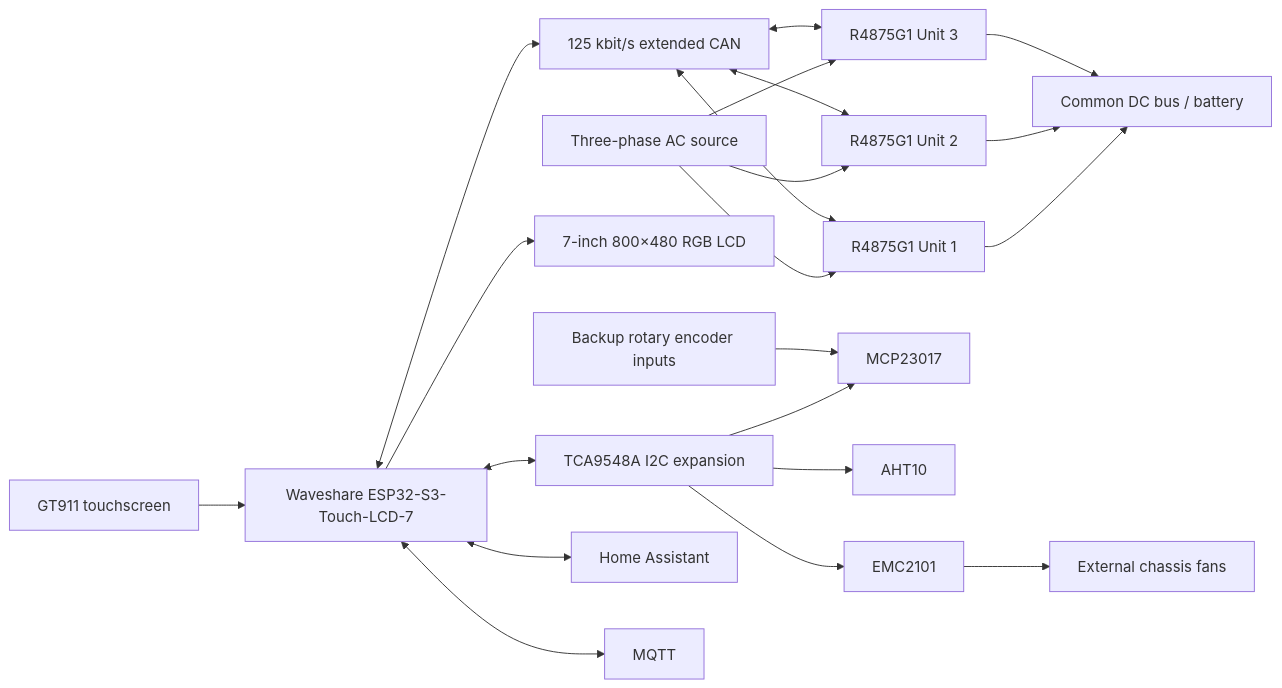
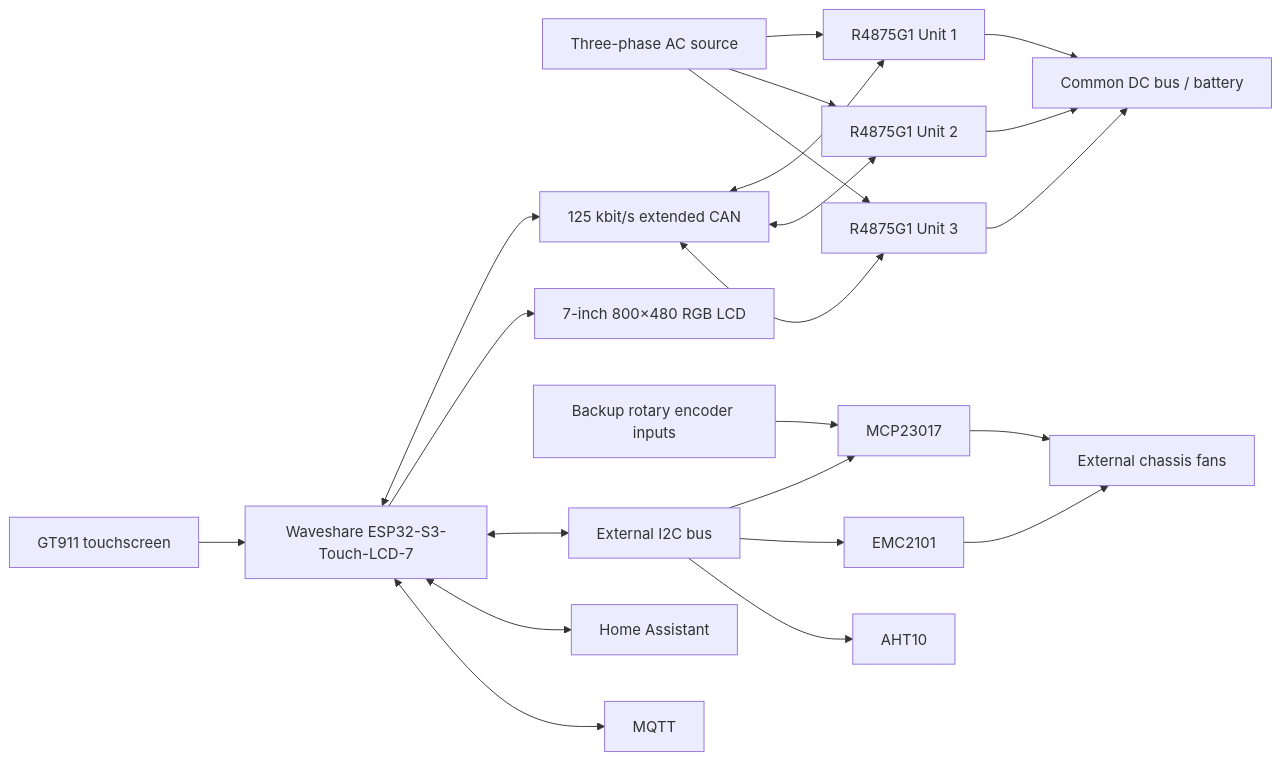
Before and after one commit to anwa/esphome-r4875g1-3phase-charger: the first of 4 diagrams in R4875G1_CONTROL_FLOWS.md, drawn with Mermaid. The commit also changed other lines of this file and 7 other files, not shown here.

First line of the commit message:
Move external I2C devices to dedicated bus in v5.5.1

````diff
--- a/R4875G1_CONTROL_FLOWS.md
+++ b/R4875G1_CONTROL_FLOWS.md
@@ -34,29 +34,30 @@
 ```mermaid
 flowchart LR
     AC[Three-phase AC source] --> U1[R4875G1 Unit 1]
     AC --> U2[R4875G1 Unit 2]
     AC --> U3[R4875G1 Unit 3]
 
     U1 --> DCBUS[Common DC bus / battery]
     U2 --> DCBUS
     U3 --> DCBUS
 
     CTRL[Waveshare ESP32-S3-Touch-LCD-7] <--> CAN[125 kbit/s extended CAN]
     CAN <--> U1
     CAN <--> U2
     CAN <--> U3
 
     CTRL --> LCD[7-inch 800×480 RGB LCD]
     TOUCH[GT911 touchscreen] --> CTRL
 
-    CTRL <--> I2C[TCA9548A I2C expansion]
-    I2C --> MCP[MCP23017]
-    I2C --> AHT[AHT10]
-    I2C --> EMC[EMC2101]
+    ENC[Backup rotary encoder inputs] --> MCP
+    CTRL <--> EXT_I2C[External I2C bus]
+    EXT_I2C --> MCP[MCP23017]
+    EXT_I2C --> EMC[EMC2101]
+    EXT_I2C --> AHT[AHT10]
 
-    ENC[Backup rotary encoder inputs] --> MCP
     EMC --> FANS[External chassis fans]
+    MCP --> FANS
 
     CTRL <--> HA[Home Assistant]
     CTRL <--> MQTT[MQTT]
 ```
````
